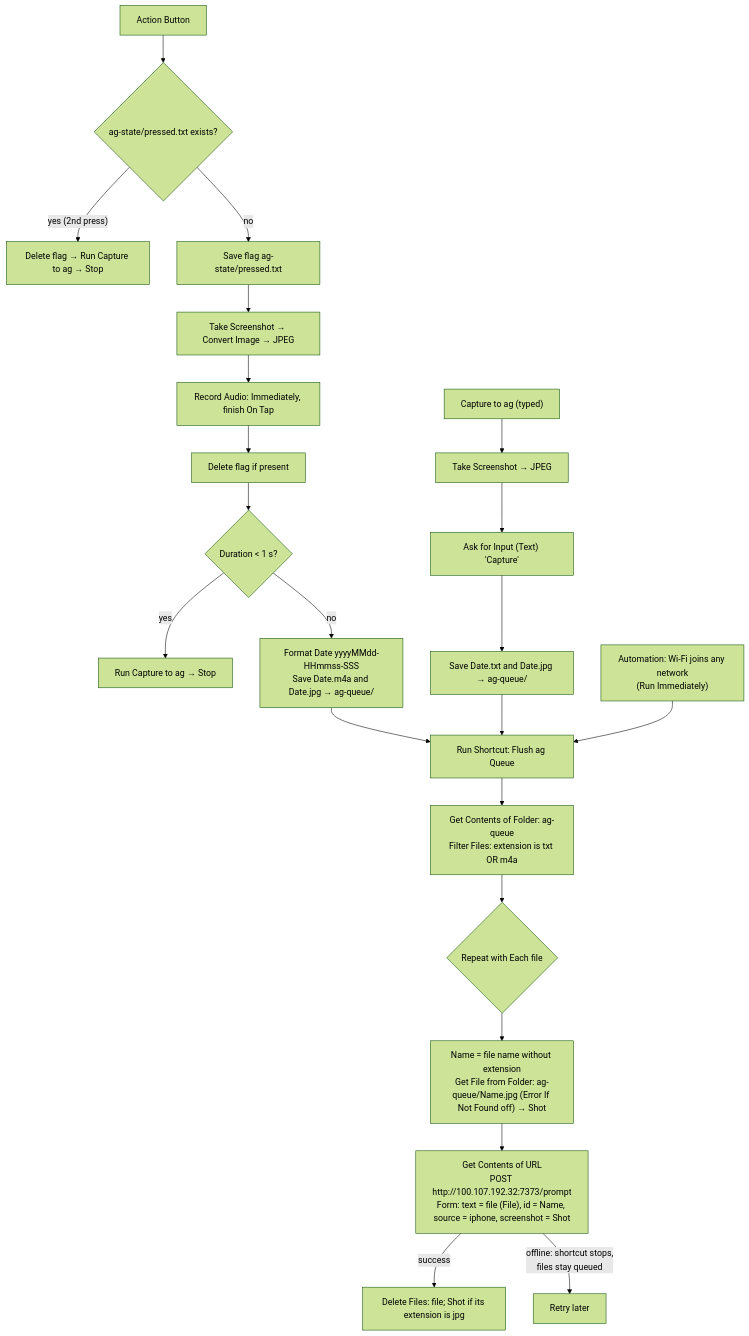
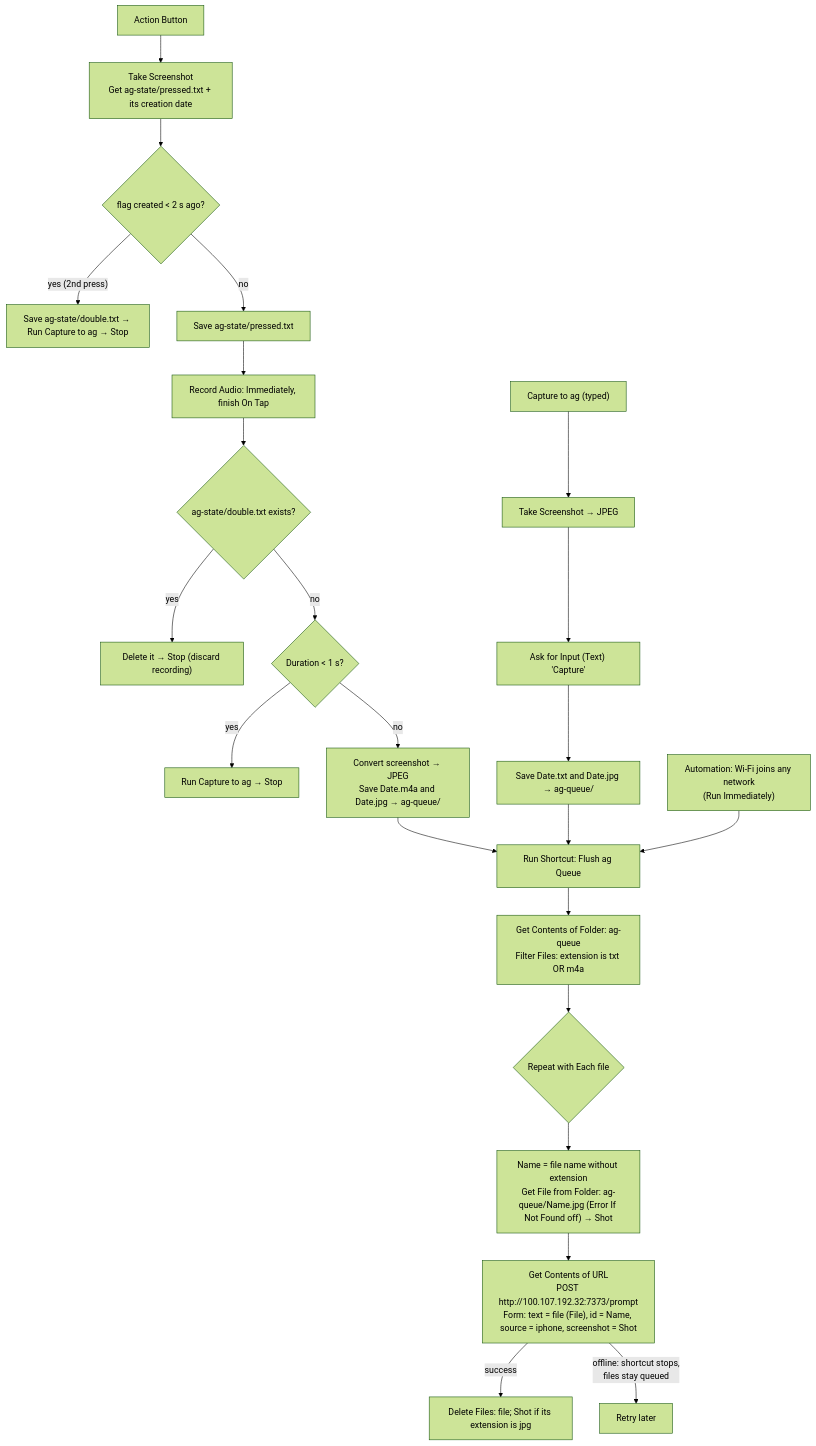
One commit to nathankoerschner/dotfiles changed the diagram in ios-shortcuts/capture-to-ag.md. Above: the diagram before and after it, drawn with Mermaid (forest theme). The commit also changed other lines of this file, not shown here.

````diff
--- a/ios-shortcuts/capture-to-ag.md
+++ b/ios-shortcuts/capture-to-ag.md
@@ -33,26 +37,27 @@
 ```mermaid
 flowchart TD
-    A[Action Button] --> V0{"ag-state/pressed.txt exists?"}
-    V0 -- "yes (2nd press)" --> V1["Delete flag → Run Capture to ag → Stop"]
-    V0 -- no --> V2["Save flag ag-state/pressed.txt"]
-    V2 --> V3["Take Screenshot → Convert Image → JPEG"]
+    A[Action Button] --> V0["Take Screenshot<br/>Get ag-state/pressed.txt + its creation date"]
+    V0 --> V1{"flag created < 2 s ago?"}
+    V1 -- "yes (2nd press)" --> V2["Save ag-state/double.txt → Run Capture to ag → Stop"]
+    V1 -- no --> V3["Save ag-state/pressed.txt"]
     V3 --> V4["Record Audio: Immediately, finish On Tap"]
-    V4 --> V5["Delete flag if present"]
-    V5 --> V6{"Duration < 1 s?"}
-    V6 -- yes --> V1b["Run Capture to ag → Stop"]
-    V6 -- no --> V7["Format Date yyyyMMdd-HHmmss-SSS<br/>Save Date.m4a and Date.jpg → ag-queue/"]
-    V7 --> F
+    V4 --> V5{"ag-state/double.txt exists?"}
+    V5 -- yes --> V6["Delete it → Stop (discard recording)"]
+    V5 -- no --> V7{"Duration < 1 s?"}
+    V7 -- yes --> V8["Run Capture to ag → Stop"]
+    V7 -- no --> V9["Convert screenshot → JPEG<br/>Save Date.m4a and Date.jpg → ag-queue/"]
+    V9 --> F
 
     T["Capture to ag (typed)"] --> S["Take Screenshot → JPEG"]
     S --> B["Ask for Input (Text) 'Capture'"]
     B --> D["Save Date.txt and Date.jpg → ag-queue/"]
     D --> F["Run Shortcut: Flush ag Queue"]
 
     W["Automation: Wi-Fi joins any network<br/>(Run Immediately)"] --> F
     F --> G["Get Contents of Folder: ag-queue<br/>Filter Files: extension is txt OR m4a"]
     G --> H{"Repeat with Each file"}
     H --> N["Name = file name without extension<br/>Get File from Folder: ag-queue/Name.jpg (Error If Not Found off) → Shot"]
     N --> I["Get Contents of URL<br/>POST http://100.107.192.32:7373/prompt<br/>Form: text = file (File), id = Name, source = iphone, screenshot = Shot"]
     I -- "success" --> J["Delete Files: file; Shot if its extension is jpg"]
     I -- "offline: shortcut stops,<br/>files stay queued" --> K[Retry later]
 ```
````
